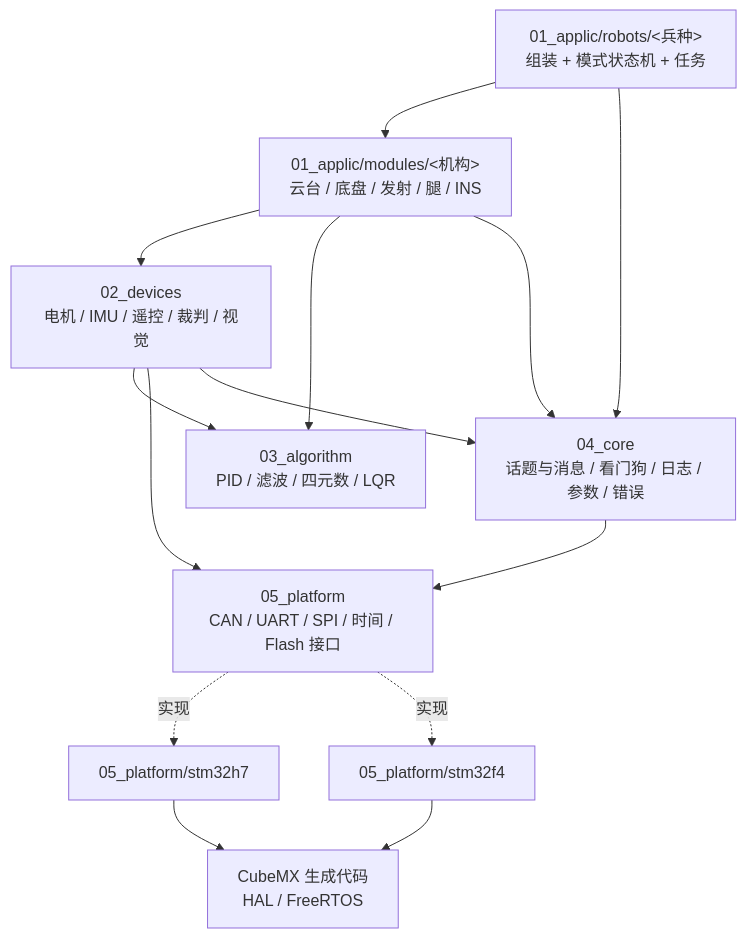
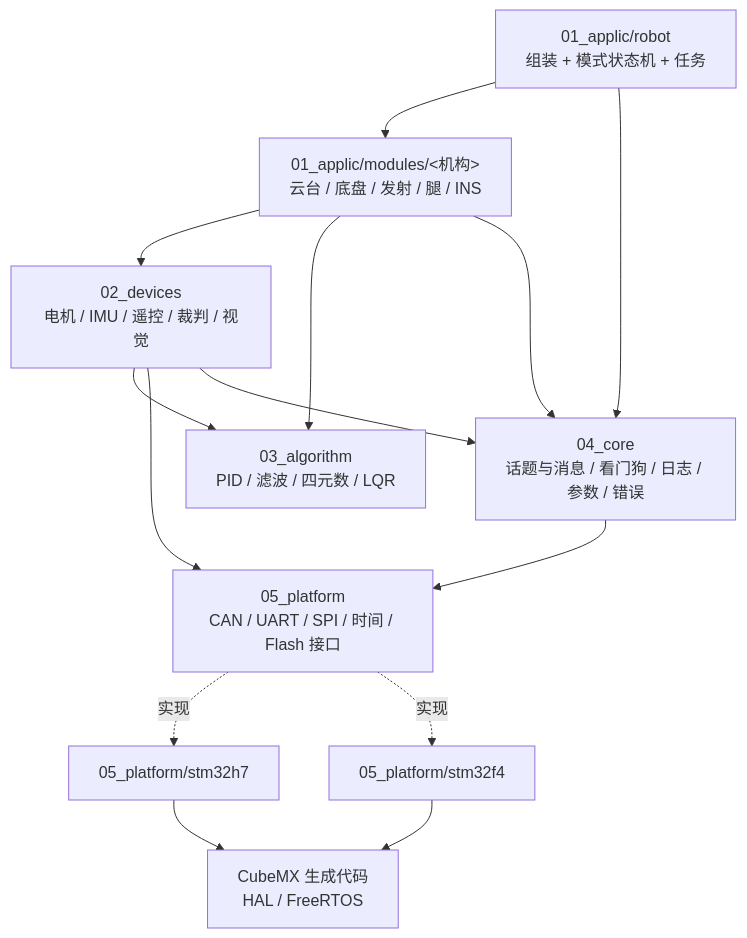
One commit to X0create/COD_RoboCore changed the first of 3 diagrams in docs/ARCHITECTURE.md. Above: the diagram before and after it, drawn with Mermaid. The commit also changed other lines of this file and 49 other files, not shown here.

First line of the commit message:
refactor(applic): 去掉兵种这一层，只保留一个通用的 01_applic/robot/（ADR 0056）

````diff
--- a/docs/ARCHITECTURE.md
+++ b/docs/ARCHITECTURE.md
@@ -111,25 +111,25 @@
 ```mermaid
 flowchart TD
-    APP["01_applic/robots/<兵种><br/>组装 + 模式状态机 + 任务"]
+    APP["01_applic/robot<br/>组装 + 模式状态机 + 任务"]
     SUB["01_applic/modules/<机构><br/>云台 / 底盘 / 发射 / 腿 / INS"]
     DEV["02_devices<br/>电机 / IMU / 遥控 / 裁判 / 视觉"]
     ALG["03_algorithm<br/>PID / 滤波 / 四元数 / LQR"]
     CORE["04_core<br/>话题与消息 / 看门狗 / 日志 / 参数 / 错误"]
     PLAT["05_platform<br/>CAN / UART / SPI / 时间 / Flash 接口"]
     H7["05_platform/stm32h7"]
     F4["05_platform/stm32f4"]
     GEN["CubeMX 生成代码<br/>HAL / FreeRTOS"]
     APP --> SUB
     APP --> CORE
     SUB --> DEV
     SUB --> ALG
     DEV --> ALG
     DEV --> PLAT
     SUB --> CORE
     DEV --> CORE
     CORE --> PLAT
     PLAT -.实现.-> H7
     PLAT -.实现.-> F4
     H7 --> GEN
     F4 --> GEN
 ```
````
